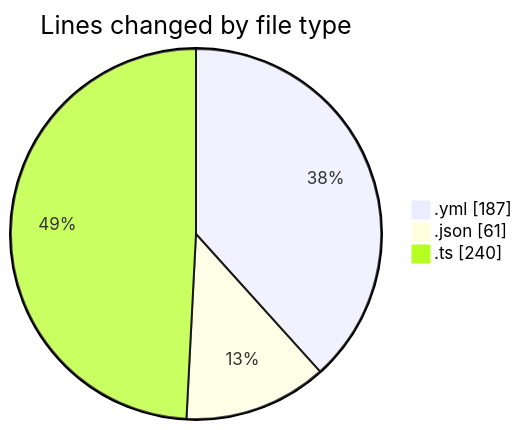
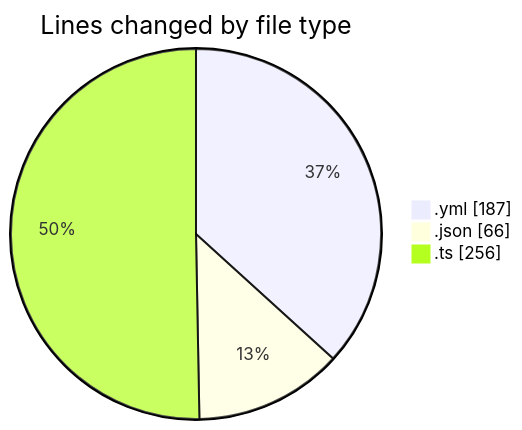
Before and after one commit to donsfak/code-tracking: the first of 2 diagrams in 2025-02-10/maps_clone/README.md, drawn with Mermaid. The commit also changed other lines of this file and 1 other file, not shown here.

````diff
--- a/2025-02-10/maps_clone/README.md
+++ b/2025-02-10/maps_clone/README.md
@@ -26,7 +26,7 @@
 ```mermaid
 pie showData
 title Lines changed by file type
 ".yml" : 187
-".json" : 61
-".ts" : 240
+".json" : 66
+".ts" : 256
 ```
````
